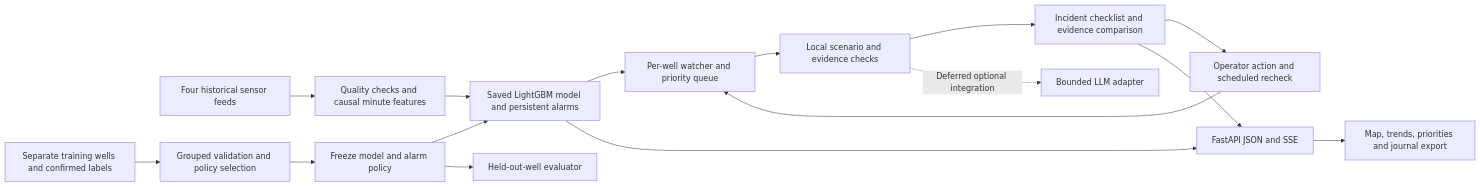
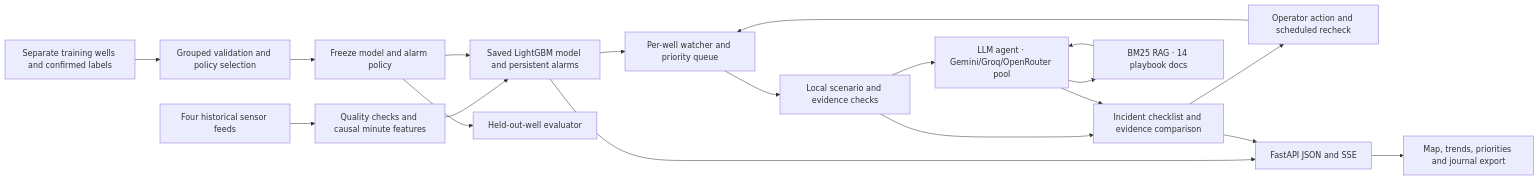
Before and after one commit to divakargaba/frostline: the diagram in README.md, drawn with Mermaid. The commit also changed other lines of this file and 4 other files, not shown here.

````diff
--- a/README.md
+++ b/README.md
@@ -185,18 +211,21 @@
 ```mermaid
 flowchart LR
   S[Four historical sensor feeds] --> Q[Quality checks and causal minute features]
   Q --> P[Saved LightGBM model and persistent alarms]
   P --> W[Per-well watcher and priority queue]
   W --> A[Local scenario and evidence checks]
   A --> V[Incident checklist and evidence comparison]
-  A -. Deferred optional integration .-> L[Bounded LLM adapter]
+  A --> L[LLM agent · Gemini/Groq/OpenRouter pool]
+  L --> RAG[BM25 RAG · 14 playbook docs]
+  RAG --> L
+  L --> V
   V --> R[Operator action and scheduled recheck]
   R --> W
   P --> API[FastAPI JSON and SSE]
   V --> API
   API --> UI[Map, trends, priorities and journal export]
   H[Separate training wells and confirmed labels] --> C[Grouped validation and policy selection]
   C --> F[Freeze model and alarm policy]
   F --> P
   F --> T[Held-out-well evaluator]
 ```
````
